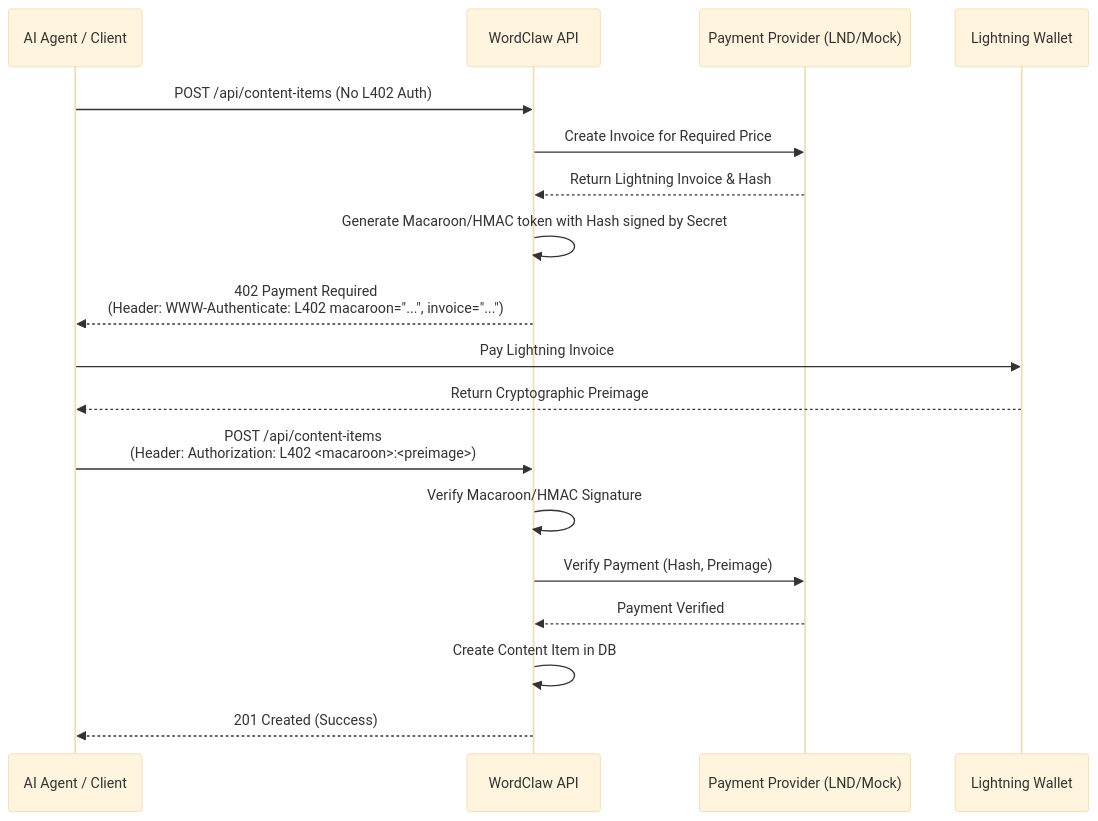
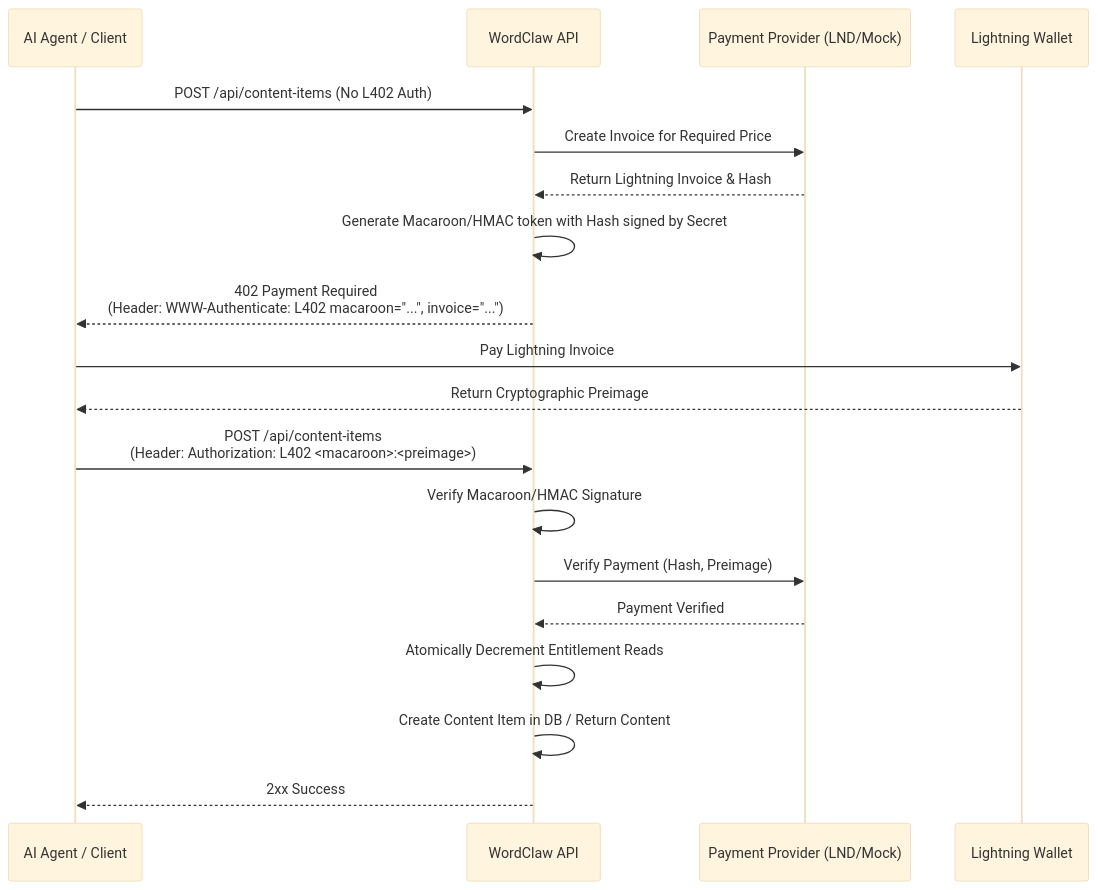
The diagram in doc/l402-protocol.md (dligthart/wordclaw), drawn with Mermaid (base theme) before and after one commit. The commit also changed other lines of this file and 1 other file, not shown here.

````diff
--- a/doc/l402-protocol.md
+++ b/doc/l402-protocol.md
@@ -19,26 +19,27 @@
 ```mermaid
 sequenceDiagram
     participant Client as AI Agent / Client
     participant Server as WordClaw API
     participant Payment as Payment Provider (LND/Mock)
     participant Wallet as Lightning Wallet
 
     %% 1. Unauthenticated Request
     Client->>Server: POST /api/content-items (No L402 Auth)
     Server->>Payment: Create Invoice for Required Price
     Payment-->>Server: Return Lightning Invoice & Hash
     Server->>Server: Generate Macaroon/HMAC token with Hash signed by Secret
     Server-->>Client: 402 Payment Required <br> (Header: WWW-Authenticate: L402 macaroon="...", invoice="...")
 
     %% 2. Payment
     Client->>Wallet: Pay Lightning Invoice
     Wallet-->>Client: Return Cryptographic Preimage
 
     %% 3. Authenticated Request
     Client->>Server: POST /api/content-items <br> (Header: Authorization: L402 <macaroon>:<preimage>)
     Server->>Server: Verify Macaroon/HMAC Signature
     Server->>Payment: Verify Payment (Hash, Preimage)
     Payment-->>Server: Payment Verified
-    Server->>Server: Create Content Item in DB
-    Server-->>Client: 201 Created (Success)
+    Server->>Server: Atomically Decrement Entitlement Reads
+    Server->>Server: Create Content Item in DB / Return Content
+    Server-->>Client: 2xx Success
 ```
````
